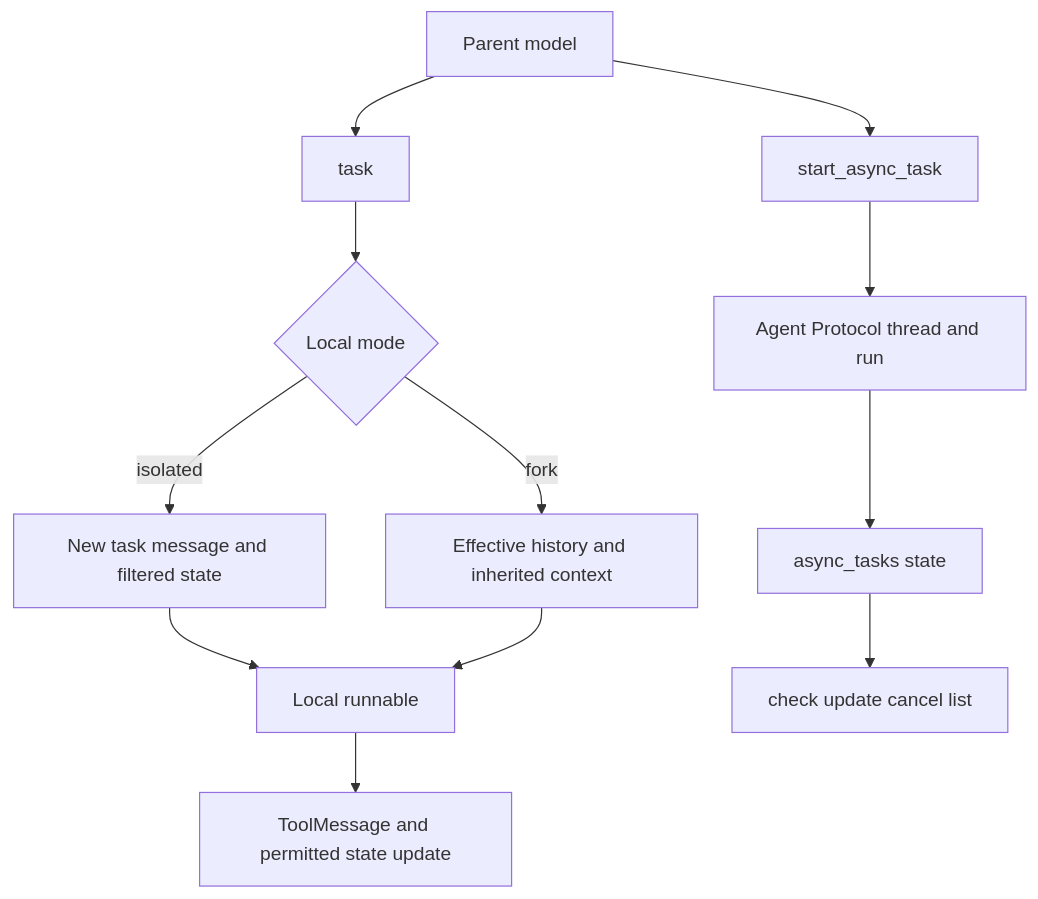
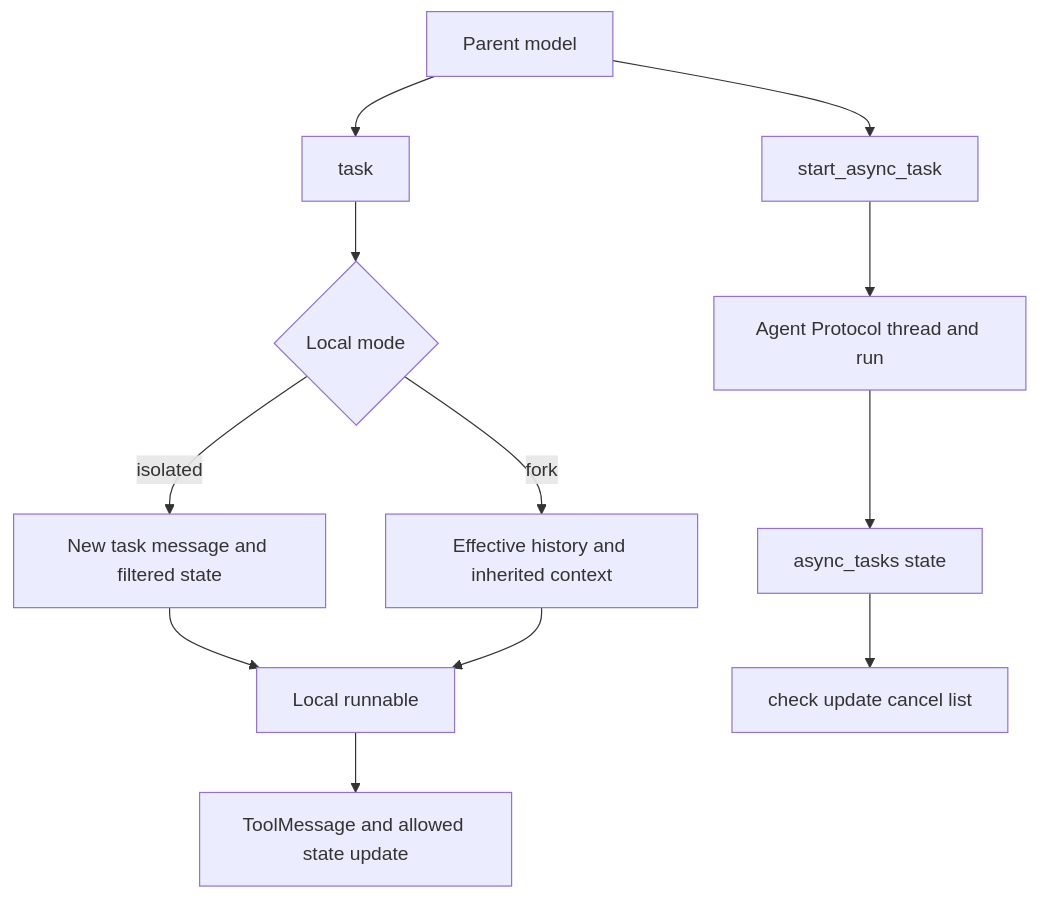
Before and after one commit to langchain-ai/deepagents: the first of 2 diagrams in openwiki/concepts/subagents-skills.md, drawn with Mermaid. The commit also changed other lines of this file and 67 other files, not shown here.

````diff
--- a/openwiki/concepts/subagents-skills.md
+++ b/openwiki/concepts/subagents-skills.md
@@ -65,14 +43,14 @@
 ```mermaid
 flowchart TD
     Parent["Parent model"] --> Task["task"]
-    Task --> Branch{"Local mode"}
-    Branch -->|"isolated"| Isolated["New task message and filtered state"]
-    Branch -->|"fork"| Fork["Effective history and inherited context"]
+    Task --> Mode{"Local mode"}
+    Mode -->|"isolated"| Isolated["New task message and filtered state"]
+    Mode -->|"fork"| Fork["Effective history and inherited context"]
     Isolated --> Local["Local runnable"]
     Fork --> Local
-    Local --> Return["ToolMessage and permitted state update"]
+    Local --> Result["ToolMessage and allowed state update"]
     Parent --> Start["start_async_task"]
     Start --> Remote["Agent Protocol thread and run"]
     Remote --> Tasks["async_tasks state"]
     Tasks --> Manage["check update cancel list"]
 ```
````
